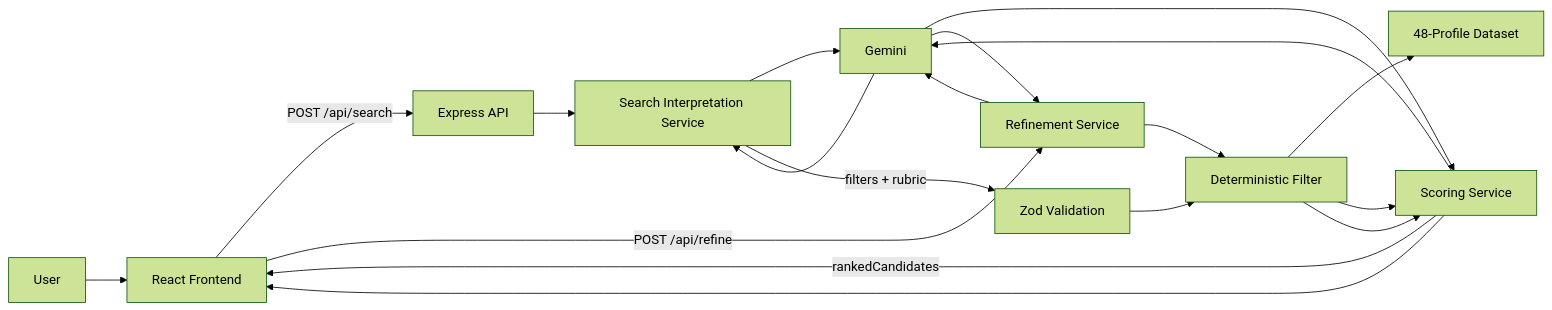
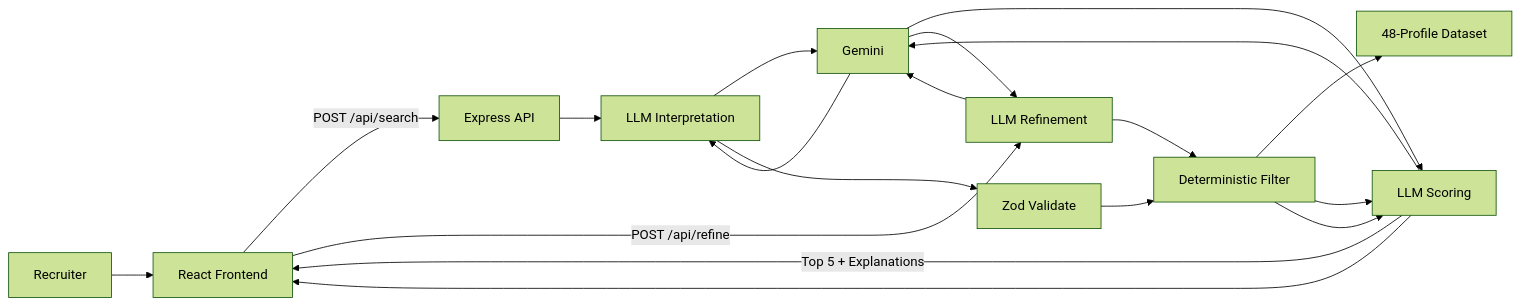
One commit to Abhay-SKulkarni123/flexiple-ai-recruiter changed the second of 3 diagrams in README.md. Above: the diagram before and after it, drawn with Mermaid (forest theme). The commit also changed other lines of this file, not shown here.

````diff
--- a/README.md
+++ b/README.md
@@ -158,22 +118,22 @@
 ```mermaid
 flowchart LR
-    U[User] --> F[React Frontend]
+    U[Recruiter] --> F[React Frontend]
     F -->|POST /api/search| S[Express API]
-    S --> SS[Search Interpretation Service]
-    SS --> G[Gemini]
-    G --> SS
-    SS -->|filters + rubric| V[Zod Validation]
-    V --> DF[Deterministic Filter]
-    DF --> D[48-Profile Dataset]
-    DF --> SC[Scoring Service]
-    SC --> G
-    G --> SC
-    SC -->|rankedCandidates| F
+    S --> L[LLM Interpretation]
+    L --> G[Gemini]
+    G --> L
+    L --> V[Zod Validate]
+    V --> Filt[Deterministic Filter]
+    Filt --> D[48-Profile Dataset]
+    Filt --> Sc[LLM Scoring]
+    Sc --> G
+    G --> Sc
+    Sc -->|Top 5 + Explanations| F
 
-    F -->|POST /api/refine| R[Refinement Service]
+    F -->|POST /api/refine| R[LLM Refinement]
     R --> G
     G --> R
-    R --> DF
-    DF --> SC
-    SC --> F
+    R --> Filt
+    Filt --> Sc
+    Sc --> F
 ```
````
